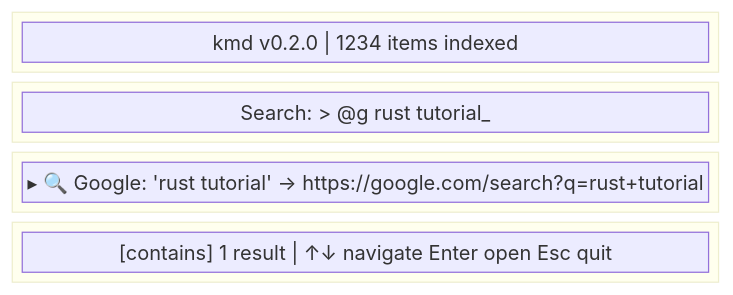
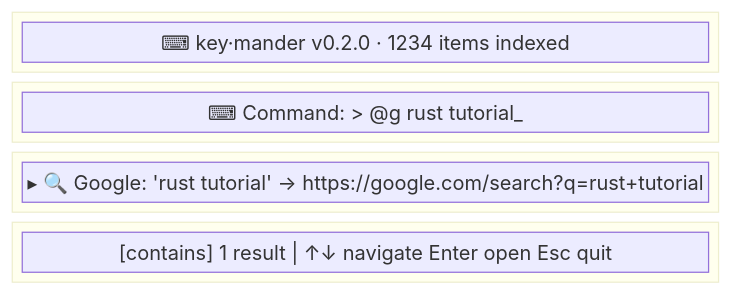
The fifth of 8 diagrams in docs/01_prd.md (bullpae/keymander-cli), drawn with Mermaid before and after one commit. The commit also changed other lines of this file and 3 other files, not shown here.

````diff
--- a/docs/01_prd.md
+++ b/docs/01_prd.md
@@ -179,16 +185,16 @@
 ```mermaid
 block-beta
     columns 1
     block:header2:1
-        H2["kmd v0.2.0 | 1234 items indexed"]
+        H2["⌨ key·mander v0.2.0 · 1234 items indexed"]
     end
     block:inputBar2:1
-        IB2["Search: > @g rust tutorial_"]
+        IB2["⌨ Command: > @g rust tutorial_"]
     end
     block:content2:1
         R2a["▸ 🔍 Google: 'rust tutorial'  →  https://google.com/search?q=rust+tutorial"]
     end
     block:statusBar2:1
         SB2["[contains] 1 result | ↑↓ navigate  Enter open  Esc quit"]
     end
 ```
````
